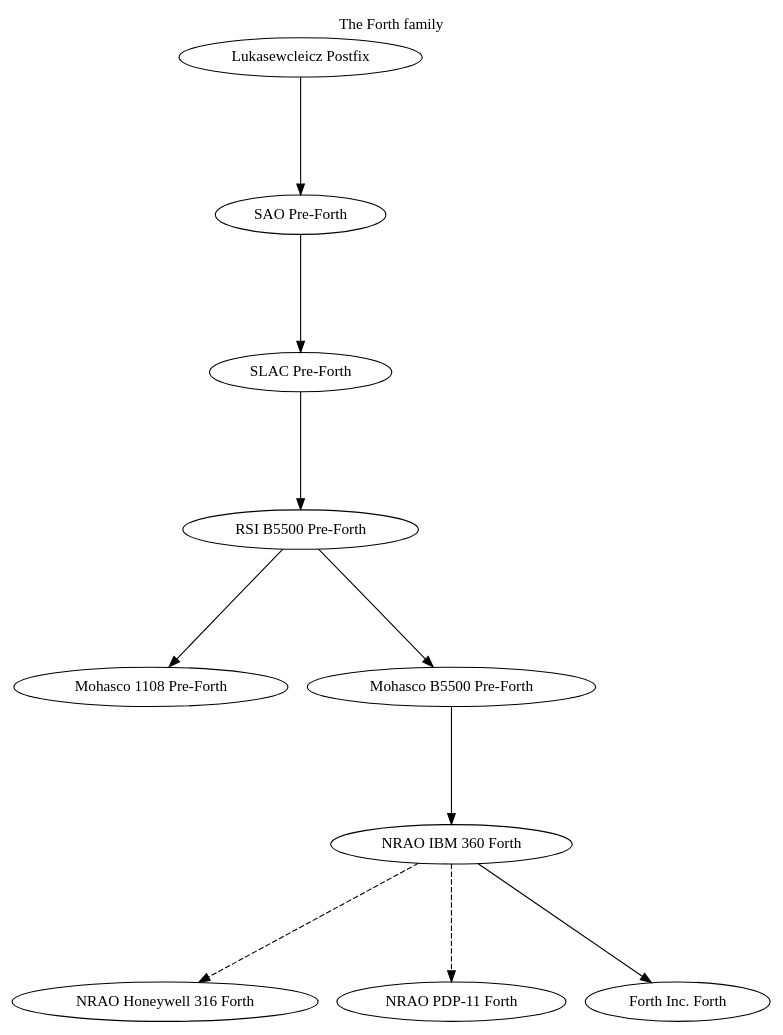
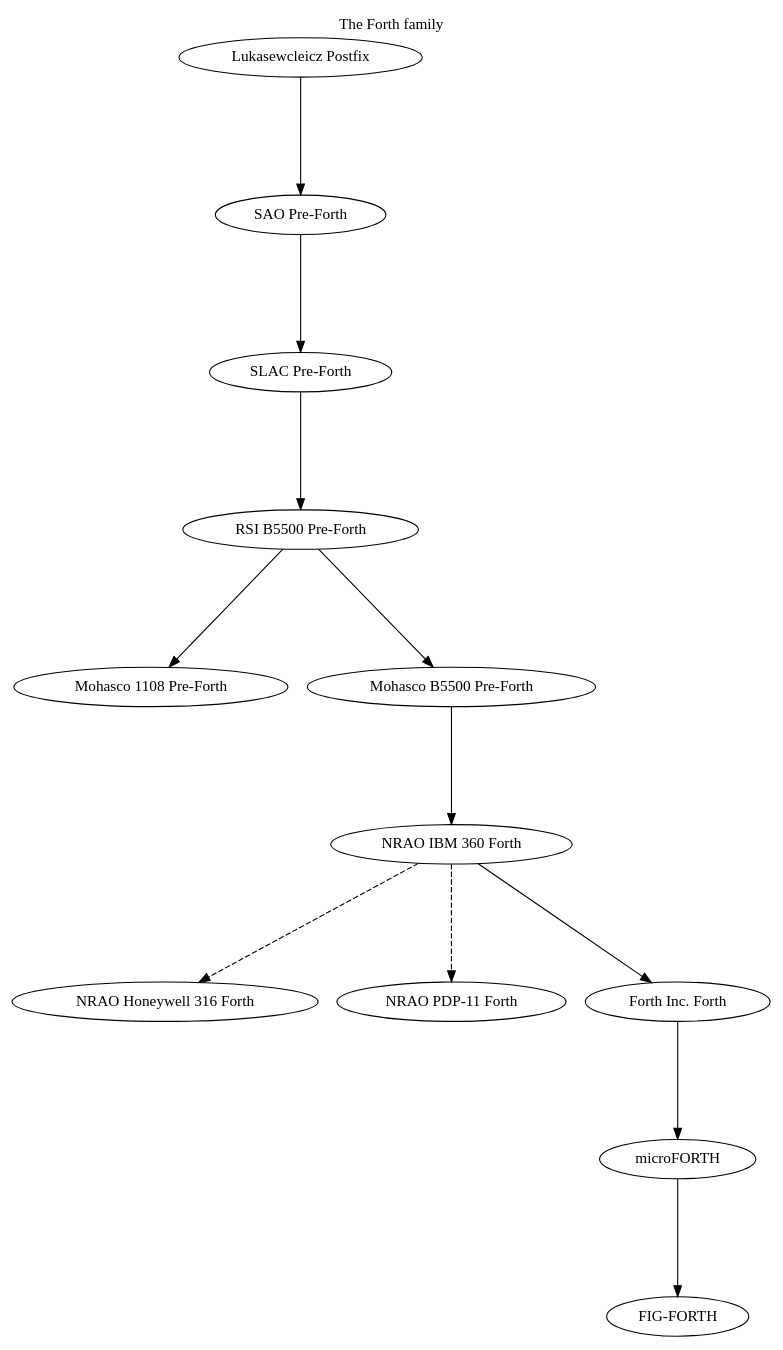
The diagram in forth.gv (fogus/lang-genealogy), drawn with Graphviz before and after one commit. The commit also changed 1 other file, not shown here.

Commit message:
A tenuous path from pre-Forth to microFORTH

```diff
--- a/forth.gv
+++ b/forth.gv
@@ -1,31 +1,33 @@
 # -*- graphviz-dot -*-
 digraph FP
 {
 	graph[ranksep=1.5,
 	      ratio="expand",
 	      concentrate=false,
 	      rank=new,
 	      constraint=true,
 	      label="The Forth family",
 	      labelloc=t,
 	      splines=true];
 
 	// Entry and exit nodes from/into other languages are doublecircle formatted.
 	// Dotted lines represent minor changes from one to another (e.g. renaming).
 	// Dashed lines represent an implementation language relationship.
 	// Note shapes mean that the language was described in a paper and didn't have a released implementation.
 	// Component shapes mean that one is a subsystem of the other
 	// Any changes should render on http://www.webgraphviz.com
 	// A great lang reference at http://hopl.info/home.prx
 	// Another at http://www.forth.org
 
 	"Lukasewcleicz Postfix" -> "SAO Pre-Forth";
 	"SAO Pre-Forth" -> "SLAC Pre-Forth";
 	"SLAC Pre-Forth" -> "RSI B5500 Pre-Forth";
 	"RSI B5500 Pre-Forth" -> "Mohasco 1108 Pre-Forth";
 	"RSI B5500 Pre-Forth" -> "Mohasco B5500 Pre-Forth";
 	"Mohasco B5500 Pre-Forth" -> "NRAO IBM 360 Forth";
 	"NRAO IBM 360 Forth" -> "NRAO Honeywell 316 Forth" [style=dashed];
 	"NRAO IBM 360 Forth" -> "NRAO PDP-11 Forth" [style=dashed];
 	"NRAO IBM 360 Forth" -> "Forth Inc. Forth";
+	"Forth Inc. Forth" -> "microFORTH";
+	"microFORTH" -> "FIG-FORTH";
 }
```
